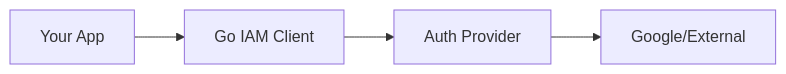
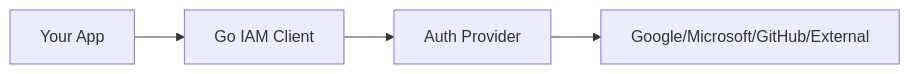
The diagram in src/content/basics/details.mdx (melvinodsa/go-iam-website), drawn with Mermaid before and after one commit. The commit also changed other lines of this file and 14 other files, not shown here.

````diff
--- a/src/content/basics/details.mdx
+++ b/src/content/basics/details.mdx
@@ -55,6 +55,6 @@
 ```mermaid
 graph LR
     A[Your App] --> B[Go IAM Client]
     B --> C[Auth Provider]
-    C --> D[Google/External]
+    C --> D[Google/Microsoft/GitHub/External]
 ```
````
